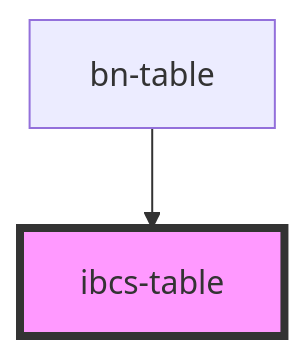
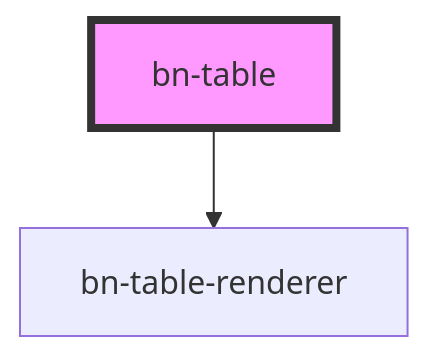
The diagram in src/components/bn-table/readme.md (bino-bi/bn-template-engine), drawn with Mermaid before and after one commit. The commit also changed other lines of this file and 263 other files, not shown here.

````diff
--- a/src/components/bn-table/readme.md
+++ b/src/components/bn-table/readme.md
@@ -297,5 +296,5 @@
 ```mermaid
 graph TD;
-  bn-table --> ibcs-table
-  style ibcs-table fill:#f9f,stroke:#333,stroke-width:4px
+  bn-table --> bn-table-renderer
+  style bn-table fill:#f9f,stroke:#333,stroke-width:4px
 ```
````
